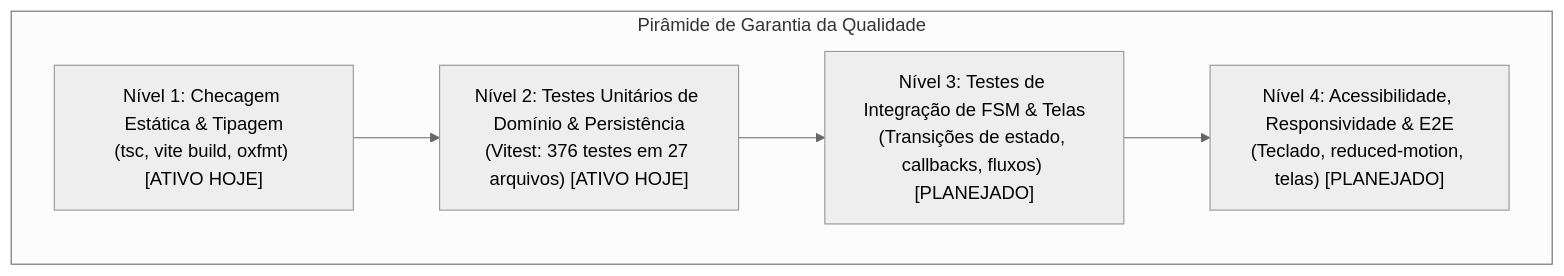
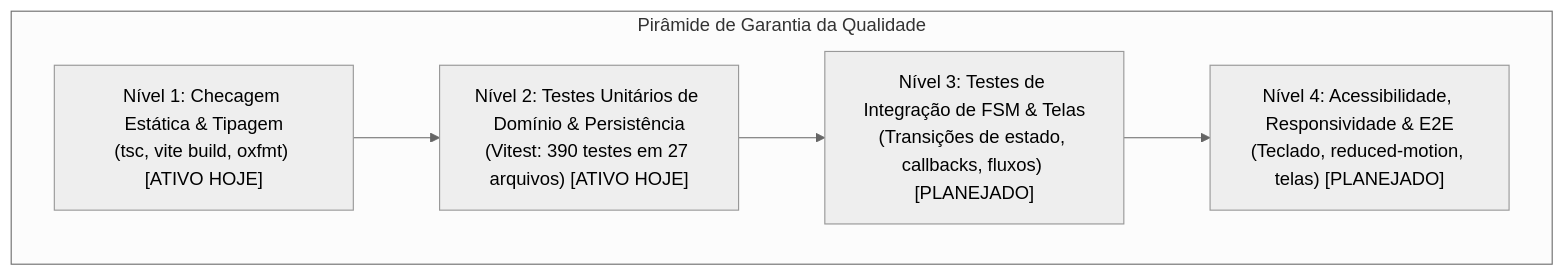
Before and after one commit to MarcosV22/ClickOrder: the diagram in docs/wiki/08-testing-and-quality.md, drawn with Mermaid (neutral theme). The commit also changed other lines of this file and 5 other files, not shown here.

````diff
--- a/docs/wiki/08-testing-and-quality.md
+++ b/docs/wiki/08-testing-and-quality.md
@@ -53,13 +53,13 @@
 ```mermaid
 graph TD
     subgraph Piramide_Qualidade ["Pirâmide de Garantia da Qualidade"]
         N1["Nível 1: Checagem Estática & Tipagem\n(tsc, vite build, oxfmt) [ATIVO HOJE]"]
-        N2["Nível 2: Testes Unitários de Domínio & Persistência\n(Vitest: 376 testes em 27 arquivos) [ATIVO HOJE]"]
+        N2["Nível 2: Testes Unitários de Domínio & Persistência\n(Vitest: 390 testes em 27 arquivos) [ATIVO HOJE]"]
         N3["Nível 3: Testes de Integração de FSM & Telas\n(Transições de estado, callbacks, fluxos) [PLANEJADO]"]
         N4["Nível 4: Acessibilidade, Responsividade & E2E\n(Teclado, reduced-motion, telas) [PLANEJADO]"]
 
         N1 --> N2
         N2 --> N3
         N3 --> N4
     end
 ```
````
